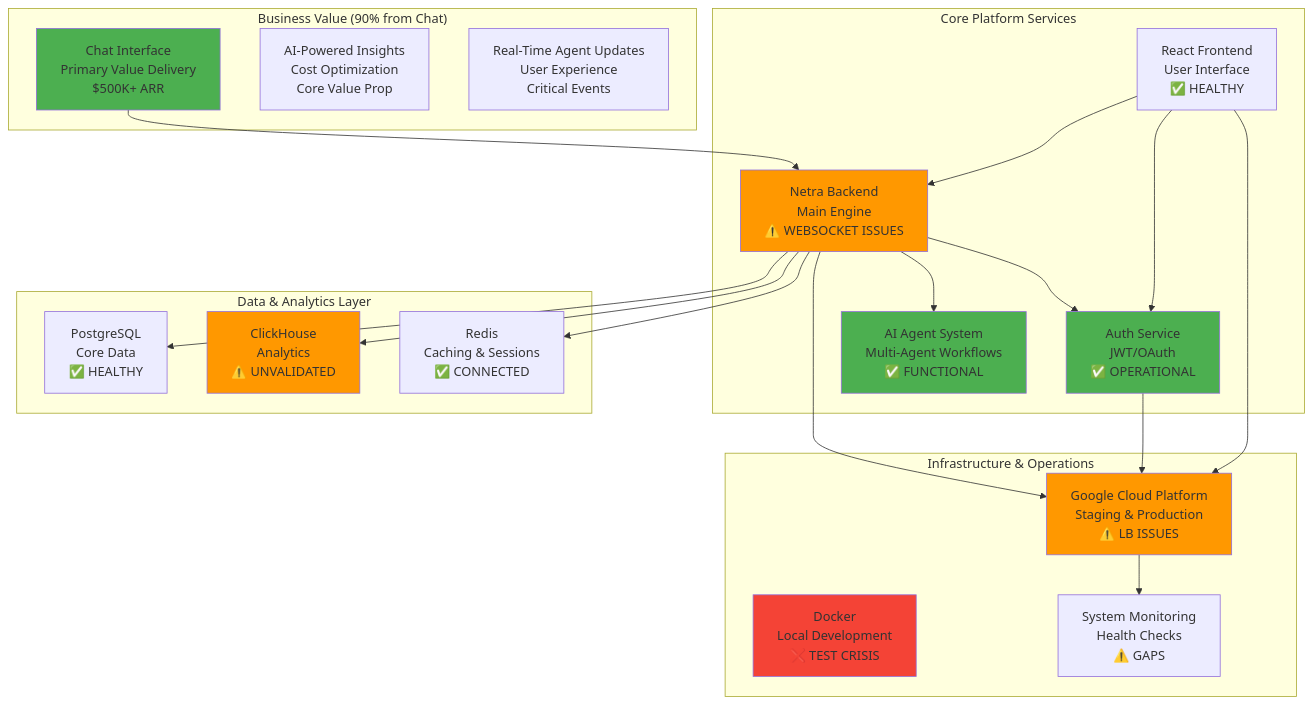
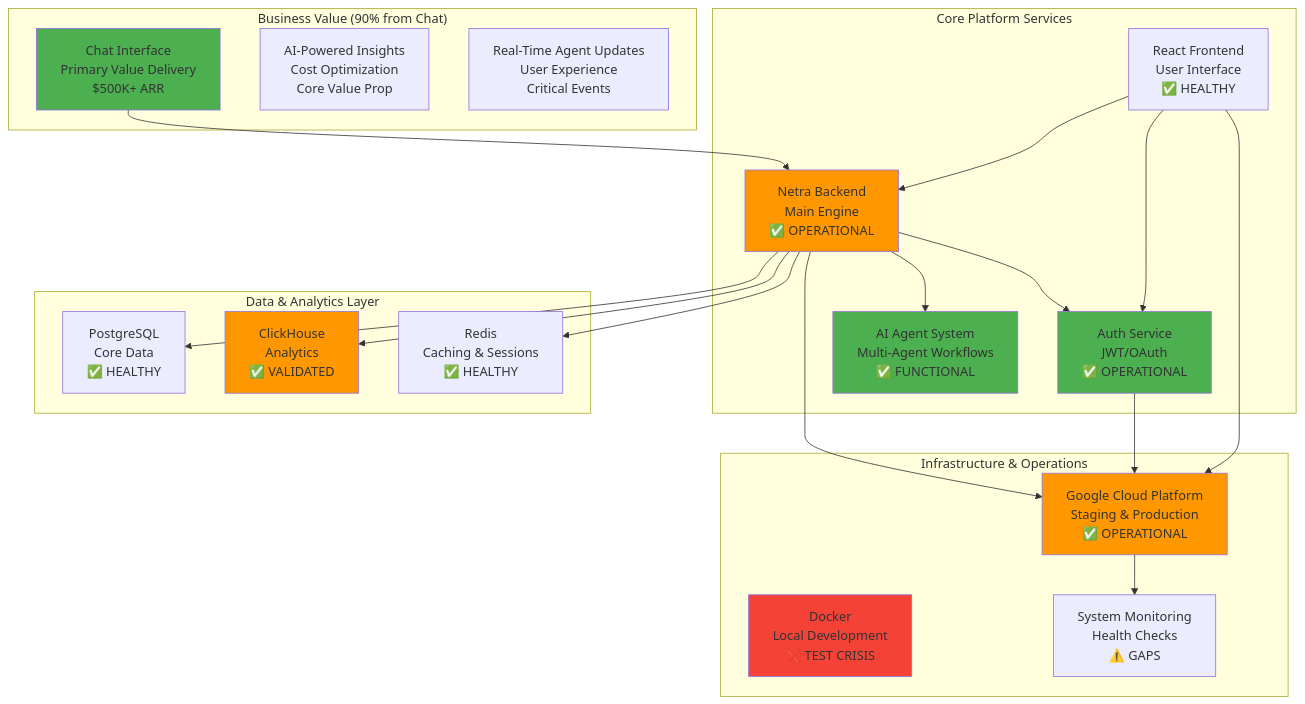
Before and after one commit to netra-systems/zen: the first of 33 diagrams in docs/architecture_diagrams.md, drawn with Mermaid. The commit also changed other lines of this file and 208 other files, not shown here.

First line of the commit message:
docs: organize project files and refresh documentation architecture

````diff
--- a/docs/architecture_diagrams.md
+++ b/docs/architecture_diagrams.md
@@ -28,49 +28,49 @@
 ```mermaid
 graph TB
     subgraph "Business Value (90% from Chat)"
         CHAT[Chat Interface<br/>Primary Value Delivery<br/>$500K+ ARR]
         AI_INSIGHTS[AI-Powered Insights<br/>Cost Optimization<br/>Core Value Prop]
         REAL_TIME[Real-Time Agent Updates<br/>User Experience<br/>Critical Events]
     end
     
     subgraph "Core Platform Services"
-        BACKEND[Netra Backend<br/>Main Engine<br/>⚠️ WEBSOCKET ISSUES]
+        BACKEND[Netra Backend<br/>Main Engine<br/>✅ OPERATIONAL]
         AUTH[Auth Service<br/>JWT/OAuth<br/>✅ OPERATIONAL]
         FRONTEND[React Frontend<br/>User Interface<br/>✅ HEALTHY]
         AGENTS[AI Agent System<br/>Multi-Agent Workflows<br/>✅ FUNCTIONAL]
     end
-    
+
     subgraph "Data & Analytics Layer"
         POSTGRES[PostgreSQL<br/>Core Data<br/>✅ HEALTHY]
-        CLICKHOUSE[ClickHouse<br/>Analytics<br/>⚠️ UNVALIDATED]
-        REDIS[Redis<br/>Caching & Sessions<br/>✅ CONNECTED]
+        CLICKHOUSE[ClickHouse<br/>Analytics<br/>✅ VALIDATED]
+        REDIS[Redis<br/>Caching & Sessions<br/>✅ HEALTHY]
     end
     
     subgraph "Infrastructure & Operations"
-        GCP[Google Cloud Platform<br/>Staging & Production<br/>⚠️ LB ISSUES]
+        GCP[Google Cloud Platform<br/>Staging & Production<br/>✅ OPERATIONAL]
         DOCKER[Docker<br/>Local Development<br/>❌ TEST CRISIS]
         MONITORING[System Monitoring<br/>Health Checks<br/>⚠️ GAPS]
     end
     
     CHAT --> BACKEND
     BACKEND --> AUTH
     BACKEND --> AGENTS
     BACKEND --> POSTGRES
     BACKEND --> CLICKHOUSE
     BACKEND --> REDIS
     FRONTEND --> BACKEND
     FRONTEND --> AUTH
     
     BACKEND --> GCP
     AUTH --> GCP
     FRONTEND --> GCP
     GCP --> MONITORING
     
     style CHAT fill:#4CAF50
     style BACKEND fill:#FF9800
     style AUTH fill:#4CAF50
     style AGENTS fill:#4CAF50
     style GCP fill:#FF9800
     style DOCKER fill:#F44336
     style CLICKHOUSE fill:#FF9800
 ```
````
